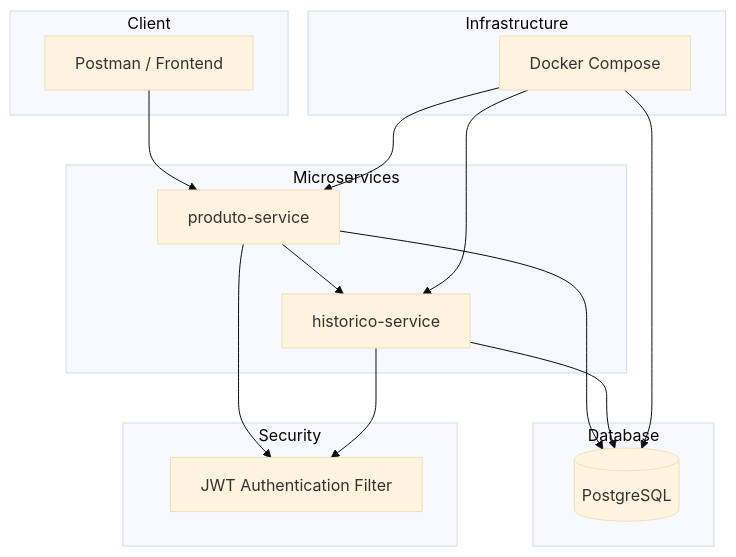
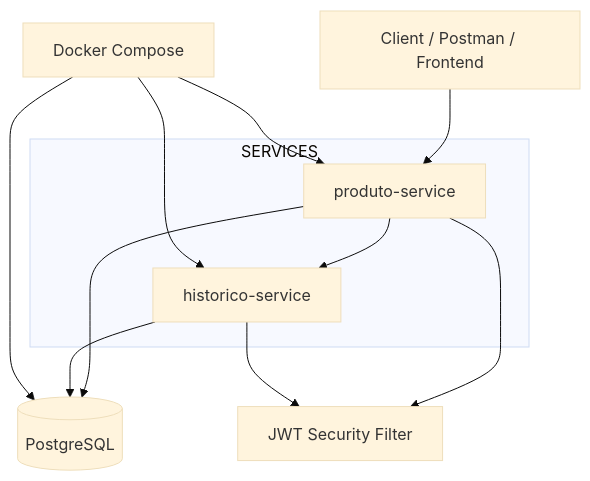
One commit to SilvioVieiraFilho/inventory-microservices changed the diagram in README.md. Above: the diagram before and after it, drawn with Mermaid (base theme). The commit also changed other lines of this file and 1 other file, not shown here.

````diff
--- a/README.md
+++ b/README.md
@@ -74,36 +72,29 @@
 ```mermaid
 flowchart TB
 
-subgraph Client
-    CLIENT[Postman / Frontend]
-end
+CLIENT[Client / Postman / Frontend]
 
-subgraph Microservices
+subgraph SERVICES
     PROD[produto-service]
     HIST[historico-service]
 end
 
-subgraph Database
-    DB[(PostgreSQL)]
-end
+DB[(PostgreSQL)]
 
-subgraph Infrastructure
-    DOCKER[Docker Compose]
-end
+DOCKER[Docker Compose]
 
-subgraph Security
-    JWT[JWT Authentication Filter]
-end
+JWT[JWT Security Filter]
 
 CLIENT --> PROD
 PROD --> HIST
+
 PROD --> DB
 HIST --> DB
 
 PROD --> JWT
 HIST --> JWT
 
 DOCKER --> PROD
 DOCKER --> HIST
 DOCKER --> DB
 ```
````
